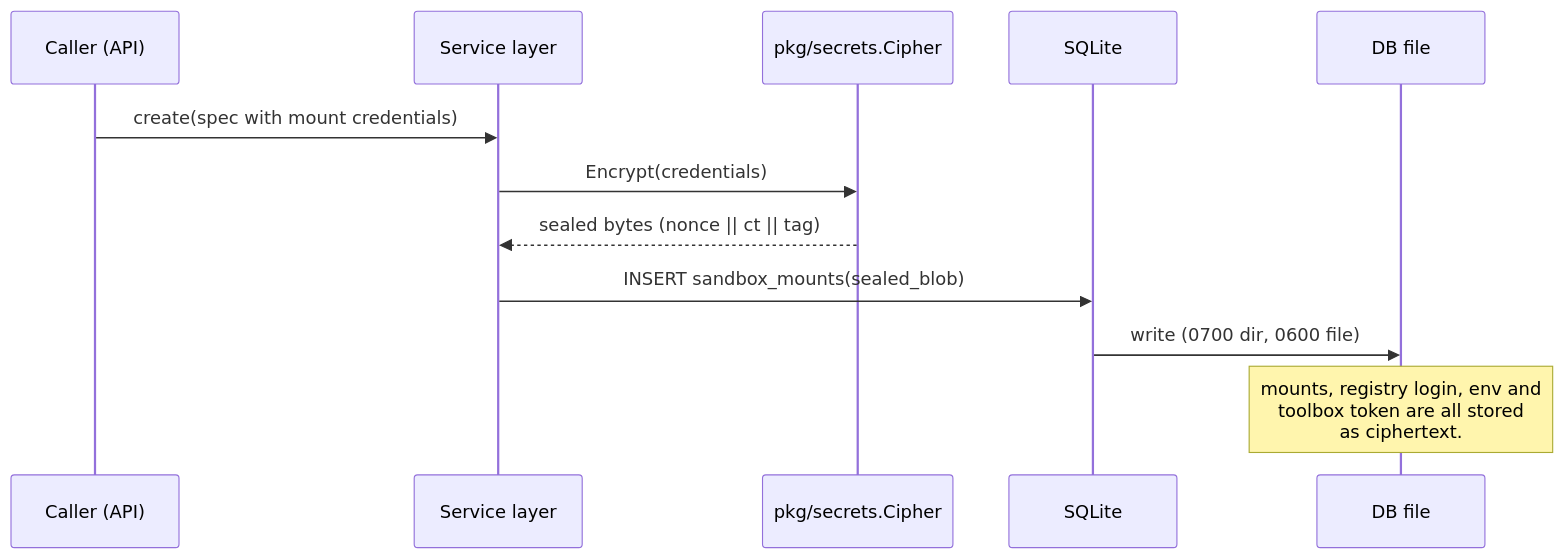
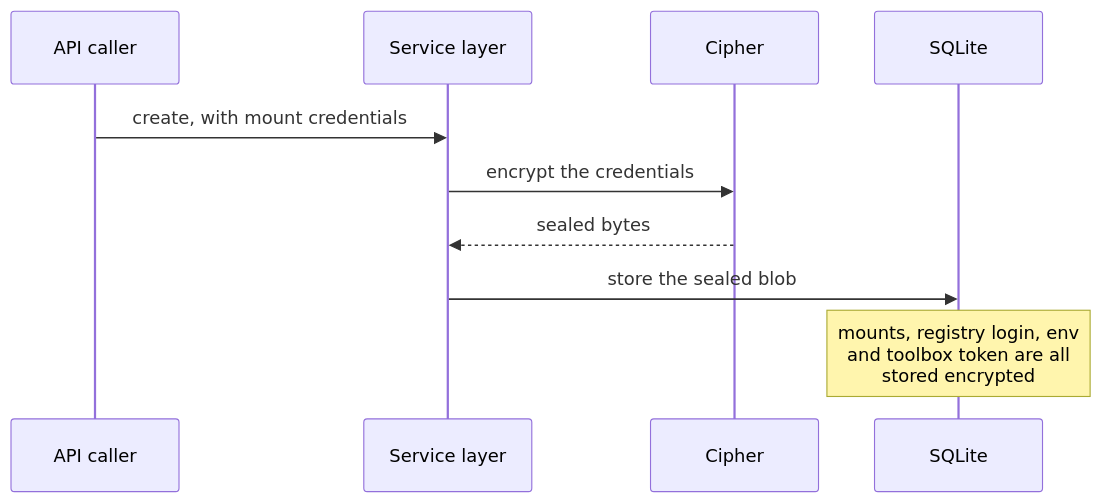
One commit to aerol-ai/microvm changed the fourth of 7 diagrams in docs/src/content/docs/engineering-trust-boundary.mdx. Above: the diagram before and after it, drawn with Mermaid. The commit also changed other lines of this file and 28 other files, not shown here.

First line of the commit message:
docs: enhance enterprise documentation and introduce diagram zoom feature

````diff
--- a/docs/src/content/docs/engineering-trust-boundary.mdx
+++ b/docs/src/content/docs/engineering-trust-boundary.mdx
@@ -99,14 +156,12 @@
 ```mermaid
 sequenceDiagram
-    participant C as Caller (API)
+    participant C as API caller
     participant S as Service layer
-    participant SEC as pkg/secrets.Cipher
+    participant K as Cipher
     participant DB as SQLite
-    participant DISK as DB file
-    C->>S: create(spec with mount credentials)
-    S->>SEC: Encrypt(credentials)
-    SEC-->>S: sealed bytes (nonce || ct || tag)
-    S->>DB: INSERT sandbox_mounts(sealed_blob)
-    DB->>DISK: write (0700 dir, 0600 file)
-    Note over DISK: mounts, registry login, env and<br/>toolbox token are all stored<br/>as ciphertext.
+    C->>S: create, with mount credentials
+    S->>K: encrypt the credentials
+    K-->>S: sealed bytes
+    S->>DB: store the sealed blob
+    Note over DB: mounts, registry login, env<br/>and toolbox token are all<br/>stored encrypted
 ```
````
